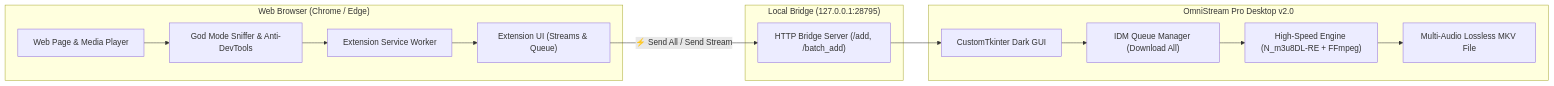
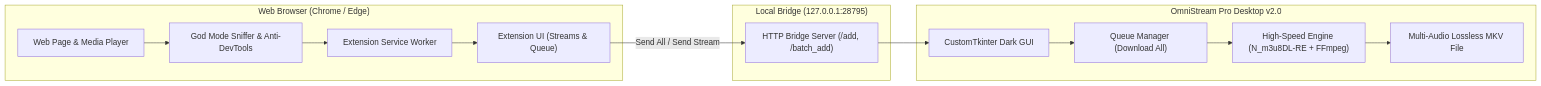
The diagram in README.md (Xmon4u/OmniStream-Pro-v2), drawn with Mermaid before and after one commit. The commit also changed other lines of this file, not shown here.

````diff
--- a/README.md
+++ b/README.md
@@ -51,29 +54,29 @@
 ```mermaid
 graph LR
     subgraph Browser ["Web Browser (Chrome / Edge)"]
         WebPage["Web Page & Media Player"]
         GodMode["God Mode Sniffer & Anti-DevTools"]
         ExtSW["Extension Service Worker"]
         Popup["Extension UI (Streams & Queue)"]
         WebPage --> GodMode
         GodMode --> ExtSW
         ExtSW --> Popup
     end
 
     subgraph Bridge ["Local Bridge (127.0.0.1:28795)"]
         BridgeServer["HTTP Bridge Server (/add, /batch_add)"]
     end
 
     subgraph DesktopApp ["OmniStream Pro Desktop v2.0"]
         GUI["CustomTkinter Dark GUI"]
-        QueueMgr["IDM Queue Manager (Download All)"]
+        QueueMgr["Queue Manager (Download All)"]
         Engine["High-Speed Engine (N_m3u8DL-RE + FFmpeg)"]
         OutputMKV["Multi-Audio Lossless MKV File"]
         GUI --> QueueMgr
         QueueMgr --> Engine
         Engine --> OutputMKV
     end
 
-    Popup -- "⚡ Send All / Send Stream" --> BridgeServer
+    Popup -- "Send All / Send Stream" --> BridgeServer
     BridgeServer --> GUI
 ```
````
